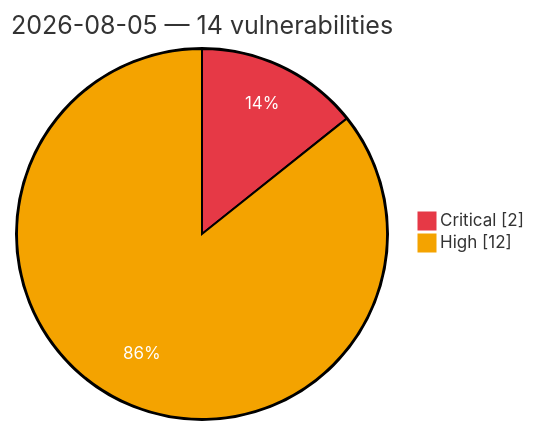
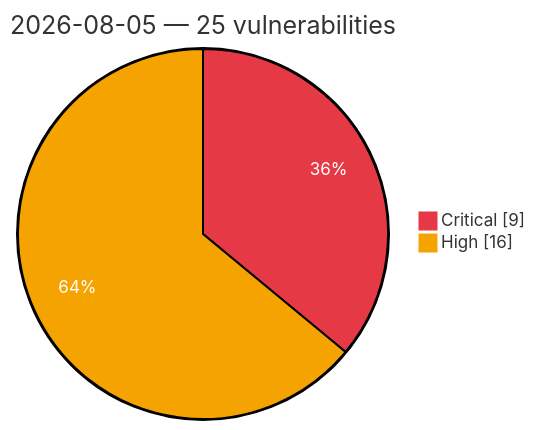
One commit to GhostX0X/vuln-tracker changed the diagram in vulnerabilities/2026-08-05.md. Above: the diagram before and after it, drawn with Mermaid. The commit also changed other lines of this file and 1 other file, not shown here.

Commit message:
Auto update: critical/high vulns (2026-08-05 11:36 UTC)

````diff
--- a/vulnerabilities/2026-08-05.md
+++ b/vulnerabilities/2026-08-05.md
@@ -3,7 +3,7 @@
 ```mermaid
 %%{init: {'theme':'base', 'themeVariables': {'pie1':'#e63946', 'pie2':'#f4a300', 'pieOpacity':'1', 'pieOuterStrokeWidth':'2px', 'pieSectionTextColor':'#ffffff'}}}%%
 pie showData
-    title 2026-08-05 — 14 vulnerabilities
-    "Critical" : 2
-    "High" : 12
+    title 2026-08-05 — 25 vulnerabilities
+    "Critical" : 9
+    "High" : 16
 ```
````
